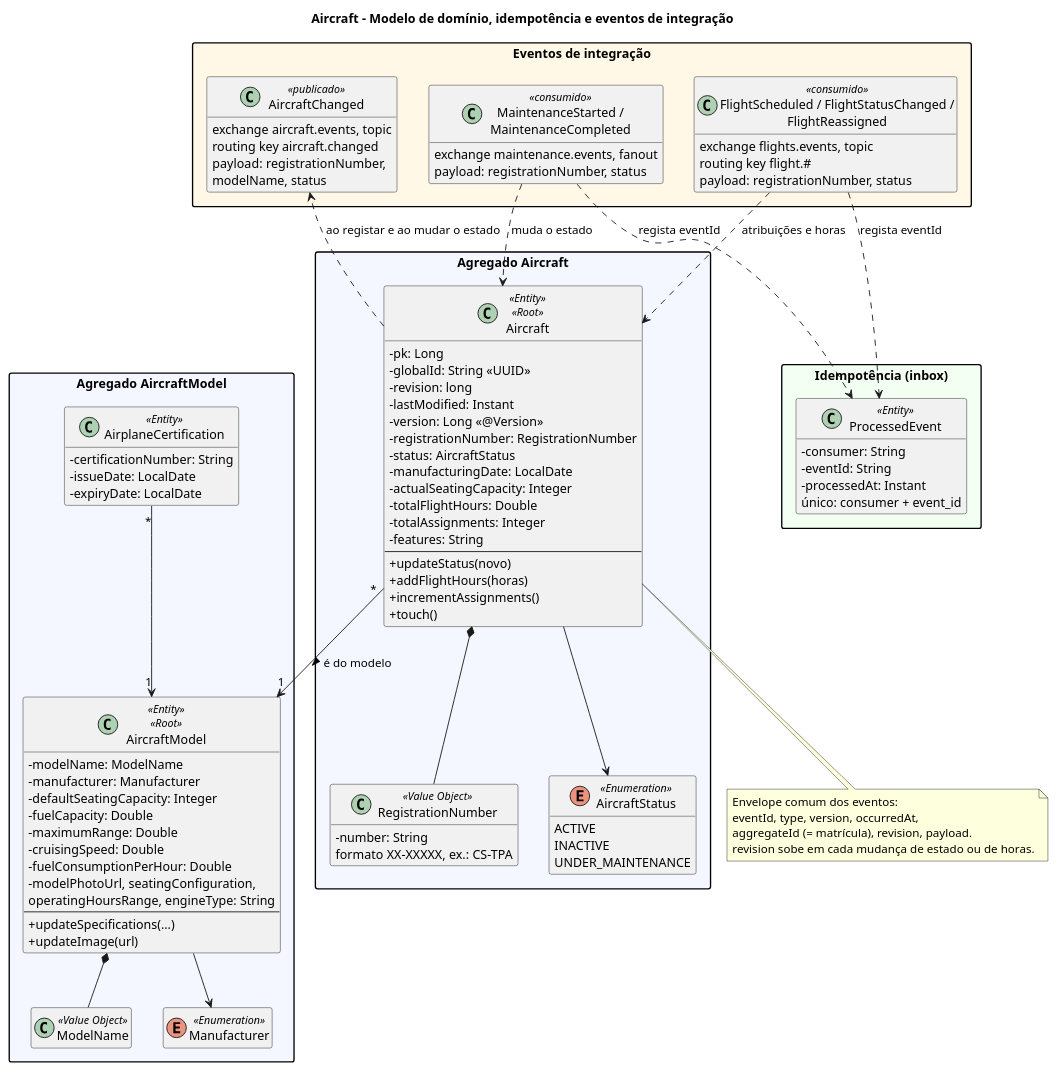
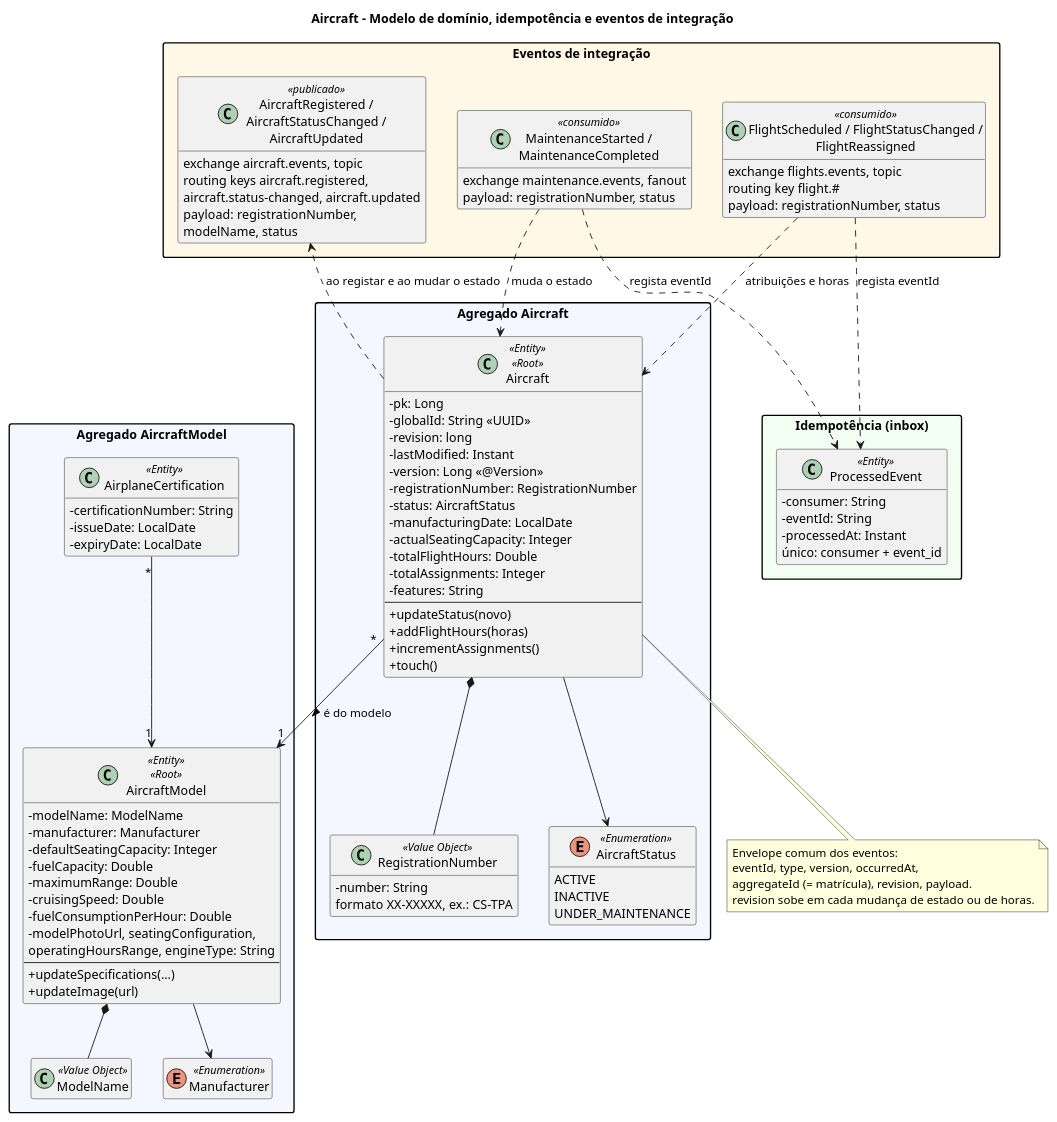
Before and after one commit to anamartasilvaa/SIDIG_AI_Safe: the diagram in Services/Aircraft/docs/E2/class-diagram-aircraft-E2.puml, drawn with PlantUML. The commit also changed 15 other files, not shown here.

Commit message:
update aircraft and maintenance diagrams

```diff
--- a/Services/Aircraft/docs/E2/class-diagram-aircraft-E2.puml
+++ b/Services/Aircraft/docs/E2/class-diagram-aircraft-E2.puml
@@ -1,109 +1,110 @@
 @startuml class-diagram-aircraft-E2
 skinparam classAttributeIconSize 0
 skinparam packageStyle rectangle
 skinparam shadowing false
 hide empty members
 title Aircraft - Modelo de domínio, idempotência e eventos de integração
 
 package "Agregado Aircraft" #F4F7FF {
     class Aircraft <<Entity>> <<Root>> {
         - pk: Long
         - globalId: String «UUID»
         - revision: long
         - lastModified: Instant
         - version: Long «@Version»
         - registrationNumber: RegistrationNumber
         - status: AircraftStatus
         - manufacturingDate: LocalDate
         - actualSeatingCapacity: Integer
         - totalFlightHours: Double
         - totalAssignments: Integer
         - features: String
         --
         + updateStatus(novo)
         + addFlightHours(horas)
         + incrementAssignments()
         + touch()
     }
     class RegistrationNumber <<Value Object>> {
         - number: String
         formato XX-XXXXX, ex.: CS-TPA
     }
     enum AircraftStatus <<Enumeration>> {
         ACTIVE
         INACTIVE
         UNDER_MAINTENANCE
     }
 }
 
 package "Agregado AircraftModel" #F4F7FF {
     class AircraftModel <<Entity>> <<Root>> {
         - modelName: ModelName
         - manufacturer: Manufacturer
         - defaultSeatingCapacity: Integer
         - fuelCapacity: Double
         - maximumRange: Double
         - cruisingSpeed: Double
         - fuelConsumptionPerHour: Double
         - modelPhotoUrl, seatingConfiguration,
           operatingHoursRange, engineType: String
         --
         + updateSpecifications(...)
         + updateImage(url)
     }
     class ModelName <<Value Object>>
     enum Manufacturer <<Enumeration>>
     class AirplaneCertification <<Entity>> {
         - certificationNumber: String
         - issueDate: LocalDate
         - expiryDate: LocalDate
     }
 }
 
 package "Idempotência (inbox)" #F4FFF4 {
     class ProcessedEvent <<Entity>> {
         - consumer: String
         - eventId: String
         - processedAt: Instant
         único: consumer + event_id
     }
 }
 
 package "Eventos de integração" #FFF8E6 {
-    class AircraftChanged <<publicado>> {
+    class "AircraftRegistered /\nAircraftStatusChanged /\nAircraftUpdated" as AircraftChanged <<publicado>> {
         exchange aircraft.events, topic
-        routing key aircraft.changed
+        routing keys aircraft.registered,
+        aircraft.status-changed, aircraft.updated
         payload: registrationNumber,
         modelName, status
     }
     class "MaintenanceStarted /\nMaintenanceCompleted" as ME <<consumido>> {
         exchange maintenance.events, fanout
         payload: registrationNumber, status
     }
     class "FlightScheduled / FlightStatusChanged /\nFlightReassigned" as FE <<consumido>> {
         exchange flights.events, topic
         routing key flight.#
         payload: registrationNumber, status
     }
 }
 
 Aircraft "*" --> "1" AircraftModel : é do modelo >
 Aircraft *-- RegistrationNumber
 Aircraft --> AircraftStatus
 AircraftModel *-- ModelName
 AircraftModel --> Manufacturer
 AirplaneCertification "*" --> "1" AircraftModel
 
 Aircraft ..> AircraftChanged : ao registar e ao mudar o estado
 ME ..> Aircraft : muda o estado
 FE ..> Aircraft : atribuições e horas
 ME ..> ProcessedEvent : regista eventId
 FE ..> ProcessedEvent : regista eventId
 
 note bottom of Aircraft
   Envelope comum dos eventos:
   eventId, type, version, occurredAt,
   aggregateId (= matrícula), revision, payload.
   revision sobe em cada mudança de estado ou de horas.
 end note
 @enduml
```
